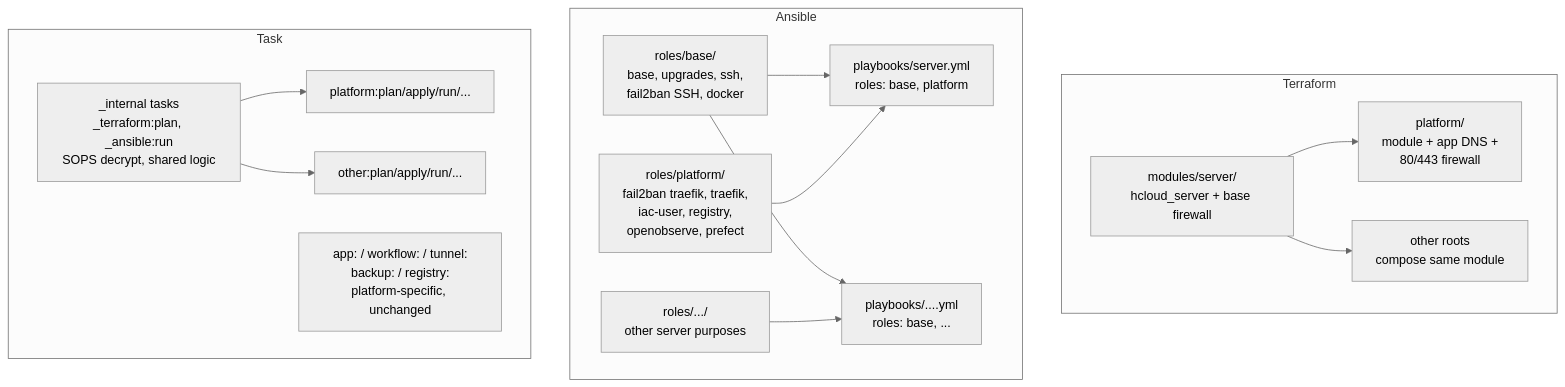
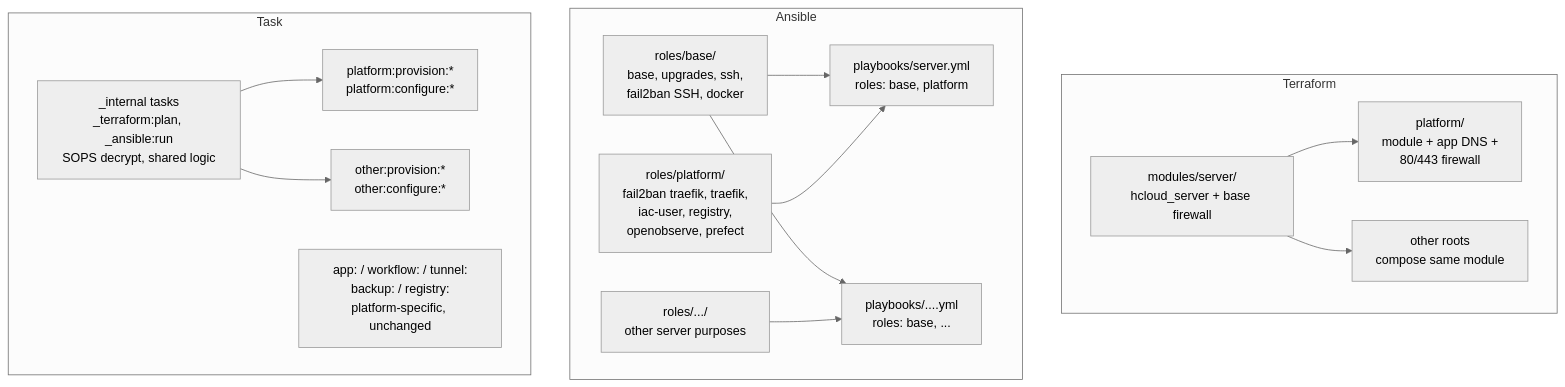
One commit to rednaw/iac changed the second of 2 diagrams in docs/future/restructuring.md. Above: the diagram before and after it, drawn with Mermaid (neutral theme). The commit also changed other lines of this file and 17 other files, not shown here.

````diff
--- a/docs/future/restructuring.md
+++ b/docs/future/restructuring.md
@@ -34,31 +34,31 @@
 ```mermaid
 flowchart TB
     subgraph tfTarget ["Terraform"]
         tfMod["modules/server/<br/>hcloud_server + base firewall"]
         tfPlat["platform/<br/>module + app DNS +<br/>80/443 firewall"]
         tfOther["other roots<br/>compose same module"]
         tfMod --> tfPlat
         tfMod --> tfOther
     end
 
     subgraph ansTarget ["Ansible"]
         roleBase["roles/base/<br/>base, upgrades, ssh,<br/>fail2ban SSH, docker"]
         rolePlat["roles/platform/<br/>fail2ban traefik, traefik,<br/>iac-user, registry,<br/>openobserve, prefect"]
         roleOther["roles/.../<br/>other server purposes"]
         pbServer["playbooks/server.yml<br/>roles: base, platform"]
         pbOther["playbooks/....yml<br/>roles: base, ..."]
         roleBase --> pbServer
         rolePlat --> pbServer
         roleBase --> pbOther
         roleOther --> pbOther
     end
 
     subgraph tskTarget ["Task"]
         tskInternal["_internal tasks<br/>_terraform:plan, _ansible:run<br/>SOPS decrypt, shared logic"]
-        tskPlat["platform:plan/apply/run/..."]
-        tskOther["other:plan/apply/run/..."]
+        tskPlat["platform:provision:*<br/>platform:configure:*"]
+        tskOther["other:provision:*<br/>other:configure:*"]
         tskPlatSpecific["app: / workflow: / tunnel:<br/>backup: / registry:<br/>platform-specific, unchanged"]
         tskInternal --> tskPlat
         tskInternal --> tskOther
     end
 ```
````
